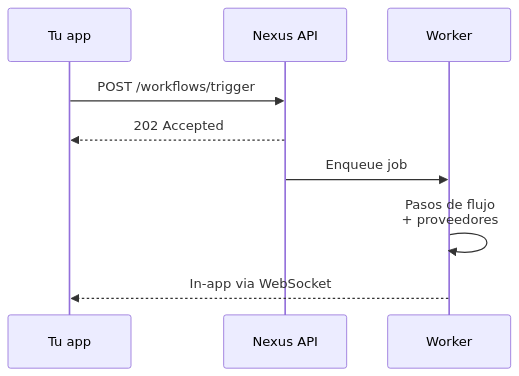
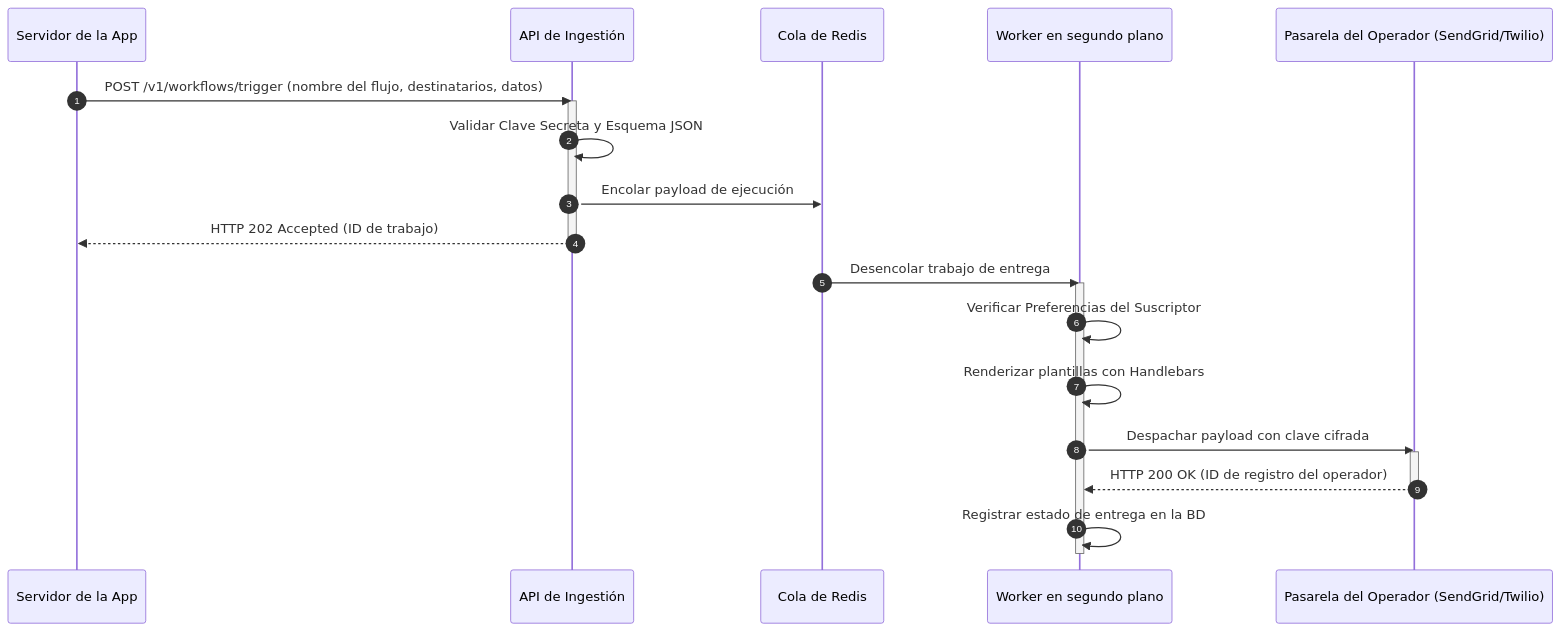
One commit to KriyanshKhunt/nexus_docs changed the diagram in content/docs/es/platform/getting-started/index.mdx. Above: the diagram before and after it, drawn with Mermaid. The commit also changed other lines of this file and 24 other files, not shown here.

````diff
--- a/content/docs/es/platform/getting-started/index.mdx
+++ b/content/docs/es/platform/getting-started/index.mdx
@@ -34,12 +52,27 @@
 ```mermaid
 sequenceDiagram
-  participant App as Tu app
-  participant API as Nexus API
-  participant W as Worker
+    autonumber
+    participant App as Servidor de la App
+    participant API as API de Ingestión
+    participant Q as Cola de Redis
+    participant Worker as Worker en segundo plano
+    participant Carrier as Pasarela del Operador (SendGrid/Twilio)
 
-  App->>API: POST /workflows/trigger
-  API-->>App: 202 Accepted
-  API->>W: Enqueue job
-  W->>W: Pasos de flujo<br/>+ proveedores
-  W-->>App: In-app via WebSocket
+    App->>API: POST /v1/workflows/trigger (nombre del flujo, destinatarios, datos)
+    activate API
+    API->>API: Validar Clave Secreta y Esquema JSON
+    API->>Q: Encolar payload de ejecución
+    API-->>App: HTTP 202 Accepted (ID de trabajo)
+    deactivate API
+
+    Q->>Worker: Desencolar trabajo de entrega
+    activate Worker
+    Worker->>Worker: Verificar Preferencias del Suscriptor
+    Worker->>Worker: Renderizar plantillas con Handlebars
+    Worker->>Carrier: Despachar payload con clave cifrada
+    activate Carrier
+    Carrier-->>Worker: HTTP 200 OK (ID de registro del operador)
+    deactivate Carrier
+    Worker->>Worker: Registrar estado de entrega en la BD
+    deactivate Worker
 ```
````
